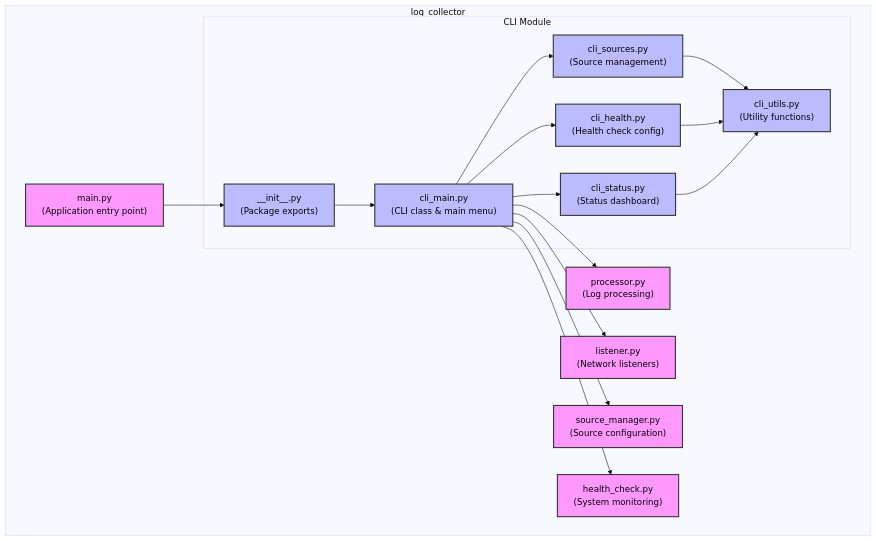
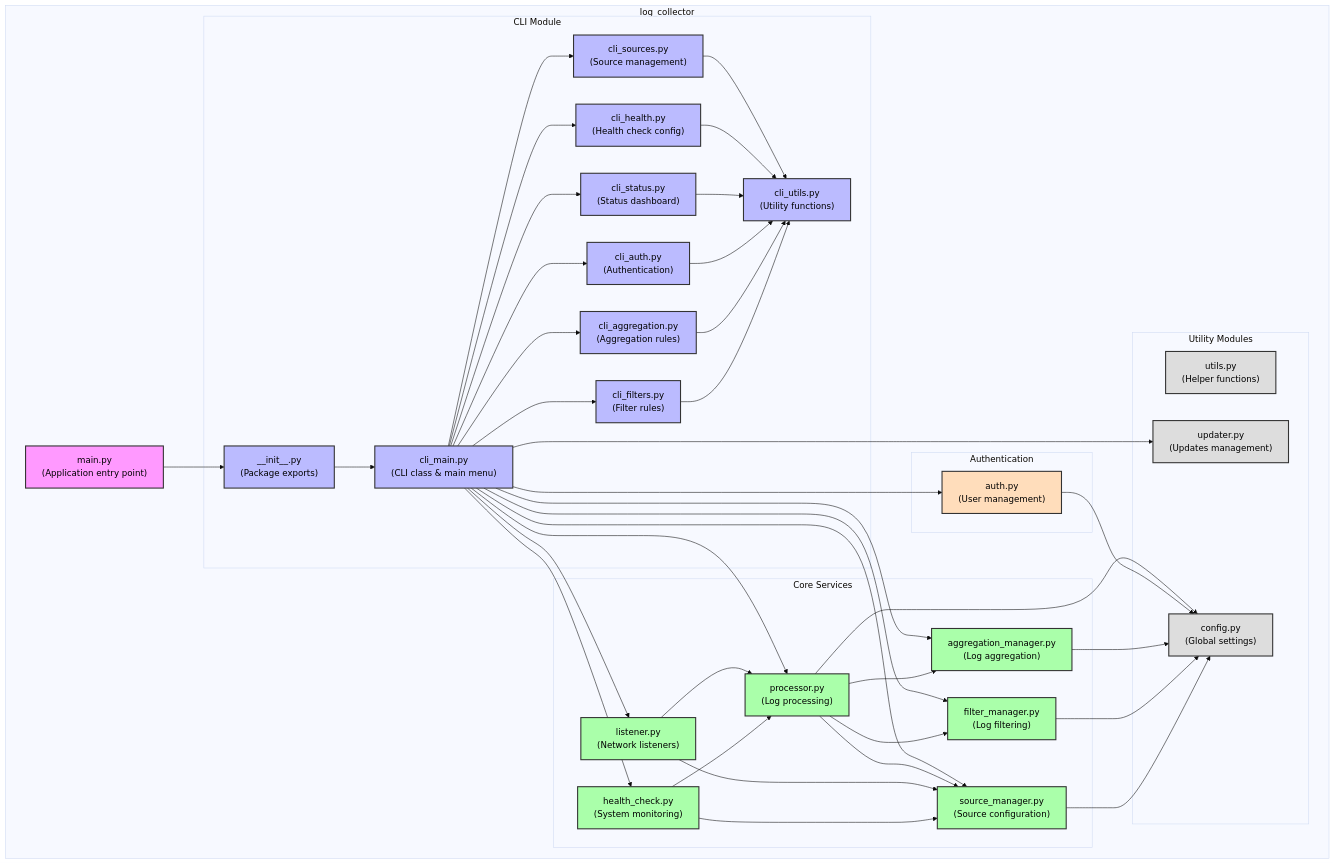
The diagram in log_collector_structure.mermaid (hawk1811/Log_Collector), drawn with Mermaid (base theme) before and after one commit.

```diff
--- a/log_collector_structure.mermaid
+++ b/log_collector_structure.mermaid
@@ -1,40 +1,90 @@
 flowchart TD
     subgraph log_collector
         main["main.py\n(Application entry point)"]
         
         subgraph cli_module["CLI Module"]
             cli_init["__init__.py\n(Package exports)"]
             cli_main["cli_main.py\n(CLI class & main menu)"]
             cli_utils["cli_utils.py\n(Utility functions)"]
             cli_sources["cli_sources.py\n(Source management)"]
             cli_health["cli_health.py\n(Health check config)"]
             cli_status["cli_status.py\n(Status dashboard)"]
+            cli_auth["cli_auth.py\n(Authentication)"]
+            cli_aggregation["cli_aggregation.py\n(Aggregation rules)"]
+            cli_filters["cli_filters.py\n(Filter rules)"]
         end
         
-        processor["processor.py\n(Log processing)"]
-        source_manager["source_manager.py\n(Source configuration)"]
-        listener["listener.py\n(Network listeners)"]
-        health_check["health_check.py\n(System monitoring)"]
+        subgraph core_services["Core Services"]
+            processor["processor.py\n(Log processing)"]
+            source_manager["source_manager.py\n(Source configuration)"]
+            listener["listener.py\n(Network listeners)"]
+            health_check["health_check.py\n(System monitoring)"]
+            aggregation_manager["aggregation_manager.py\n(Log aggregation)"]
+            filter_manager["filter_manager.py\n(Log filtering)"]
+        end
+        
+        subgraph authentication["Authentication"]
+            auth["auth.py\n(User management)"]
+        end
+        
+        subgraph utility["Utility Modules"]
+            utils["utils.py\n(Helper functions)"]
+            config["config.py\n(Global settings)"]
+            updater["updater.py\n(Updates management)"]
+        end
     end
     
     main --> cli_init
     cli_init --> cli_main
     
     cli_main --> cli_sources
     cli_main --> cli_health
     cli_main --> cli_status
+    cli_main --> cli_auth
+    cli_main --> cli_aggregation
+    cli_main --> cli_filters
     
     cli_sources --> cli_utils
     cli_health --> cli_utils
     cli_status --> cli_utils
+    cli_auth --> cli_utils
+    cli_aggregation --> cli_utils
+    cli_filters --> cli_utils
     
     cli_main --> processor
     cli_main --> listener
     cli_main --> source_manager
     cli_main --> health_check
+    cli_main --> aggregation_manager
+    cli_main --> filter_manager
+    cli_main --> auth
+    cli_main --> updater
+    
+    processor --> source_manager
+    processor --> aggregation_manager
+    processor --> filter_manager
+    processor --> config
+    
+    listener --> source_manager
+    listener --> processor
+    
+    health_check --> source_manager
+    health_check --> processor
+    
+    auth --> config
+    
+    aggregation_manager --> config
+    filter_manager --> config
+    source_manager --> config
     
     classDef module fill:#f9f,stroke:#333,stroke-width:2px,color:black;
     classDef cliModule fill:#bbf,stroke:#333,stroke-width:2px,color:black;
+    classDef coreModule fill:#afa,stroke:#333,stroke-width:2px,color:black; 
+    classDef authModule fill:#fdb,stroke:#333,stroke-width:2px,color:black;
+    classDef utilModule fill:#ddd,stroke:#333,stroke-width:2px,color:black;
     
-    class main,processor,source_manager,listener,health_check module;
-    class cli_init,cli_main,cli_utils,cli_sources,cli_health,cli_status cliModule;
+    class main module;
+    class cli_init,cli_main,cli_utils,cli_sources,cli_health,cli_status,cli_auth,cli_aggregation,cli_filters cliModule;
+    class processor,source_manager,listener,health_check,aggregation_manager,filter_manager coreModule;
+    class auth authModule;
+    class utils,config,updater utilModule;
```
